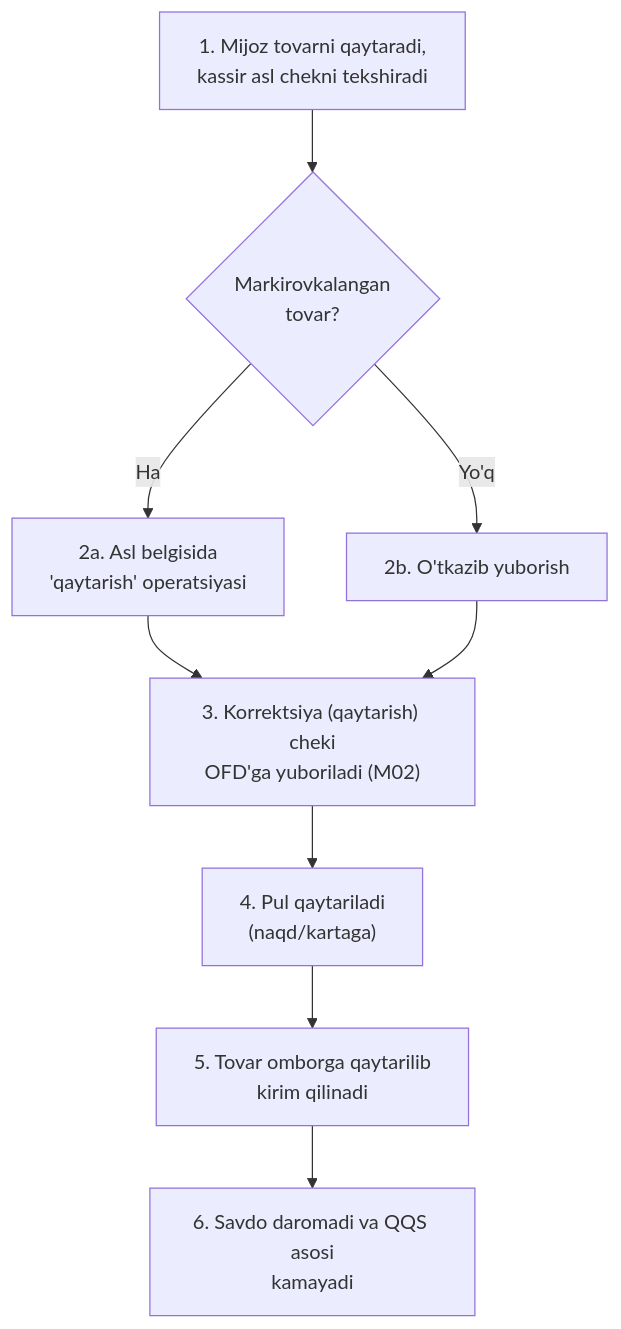
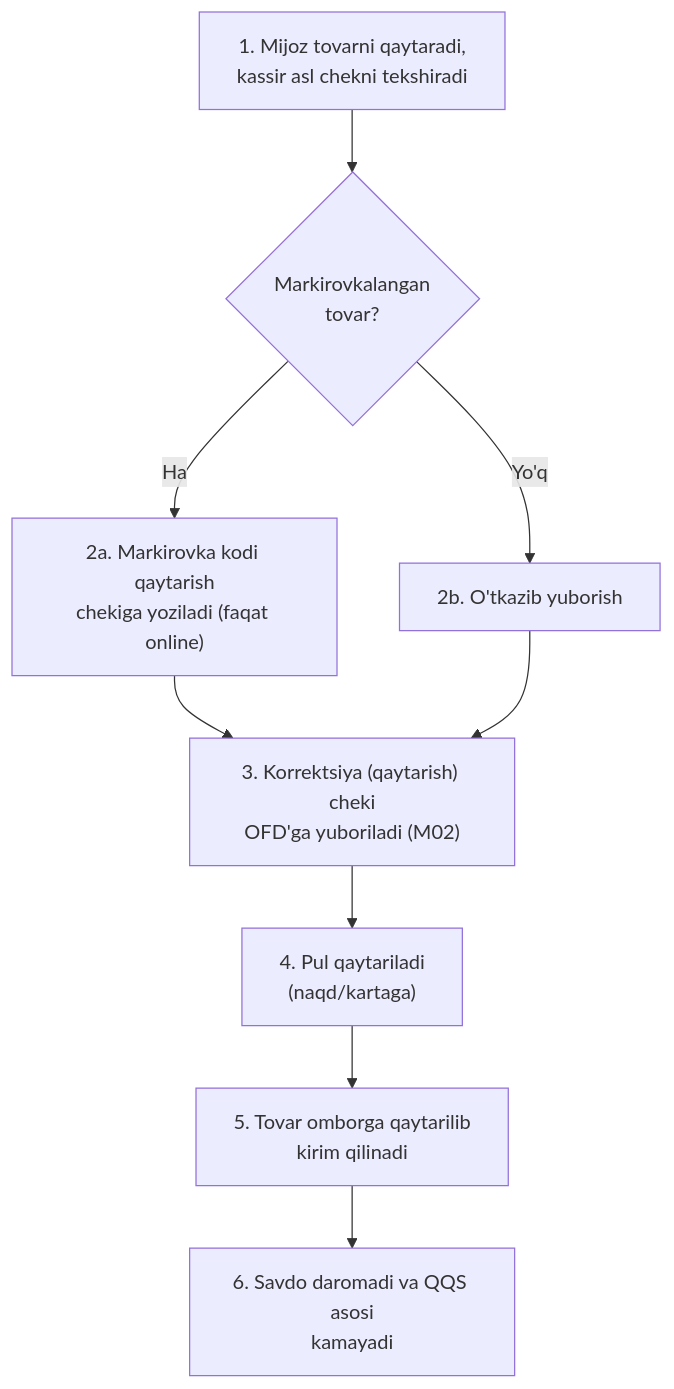
Before and after one commit to hasanoff507/erp: the fourth of 15 diagrams in spec/kod-uchun/04-biznes-jarayonlar.md, drawn with Mermaid. The commit also changed other lines of this file and 47 other files, not shown here.

````diff
--- a/spec/kod-uchun/04-biznes-jarayonlar.md
+++ b/spec/kod-uchun/04-biznes-jarayonlar.md
@@ -121,11 +124,11 @@
 ```mermaid
 flowchart TD
     A["1. Mijoz tovarni qaytaradi,\nkassir asl chekni tekshiradi"] --> B{"Markirovkalangan\ntovar?"}
-    B -- "Ha" --> C["2a. Asl belgisida\n'qaytarish' operatsiyasi"]
+    B -- "Ha" --> C["2a. Markirovka kodi qaytarish\nchekiga yoziladi (faqat online)"]
     B -- "Yo'q" --> D["2b. O'tkazib yuborish"]
     C --> E["3. Korrektsiya (qaytarish) cheki\nOFD'ga yuboriladi (M02)"]
     D --> E
     E --> F["4. Pul qaytariladi\n(naqd/kartaga)"]
     F --> G["5. Tovar omborga qaytarilib\nkirim qilinadi"]
     G --> H["6. Savdo daromadi va QQS asosi\nkamayadi"]
 ```
````
